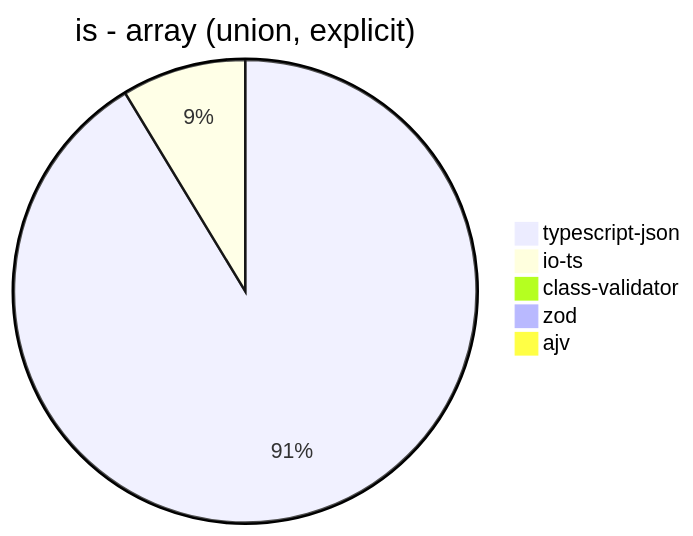
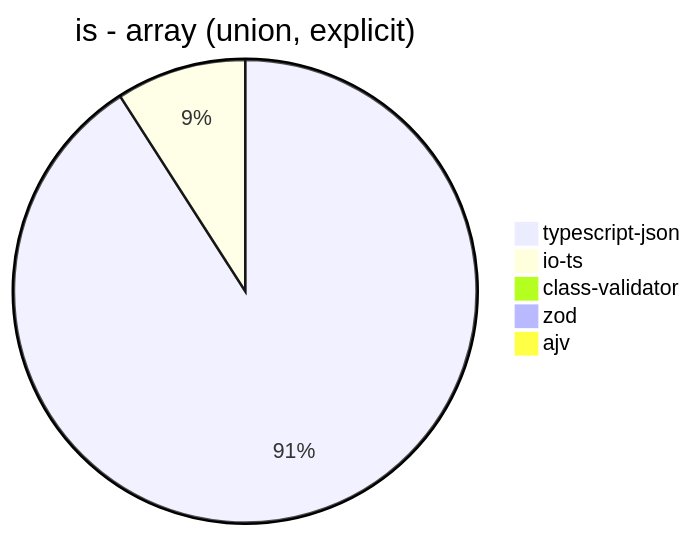
One commit to samchon/typia changed the sixth of 32 diagrams in benchmark/results/AMD Ryzen 7 5800H with Radeon Graphics.md. Above: the diagram before and after it, drawn with Mermaid. The commit also changed other lines of this file and 7 other files, not shown here.

````diff
--- a/benchmark/results/AMD Ryzen 7 5800H with Radeon Graphics.md
+++ b/benchmark/results/AMD Ryzen 7 5800H with Radeon Graphics.md
@@ -71,8 +71,8 @@
 ```mermaid
 pie title is - array (union, explicit)
-  "typescript-json": 4025.7598220904374
-  "io-ts": 382.31493446557135
-  "class-validator": 0
-  "zod": 2.81478701444924
+  "typescript-json": 3961.9899385131357
+  "io-ts": 395.55052790346906
+  "class-validator": 6.884057971014493
+  "zod": 2.8232636928289105
   "ajv": 0
 ```
````
